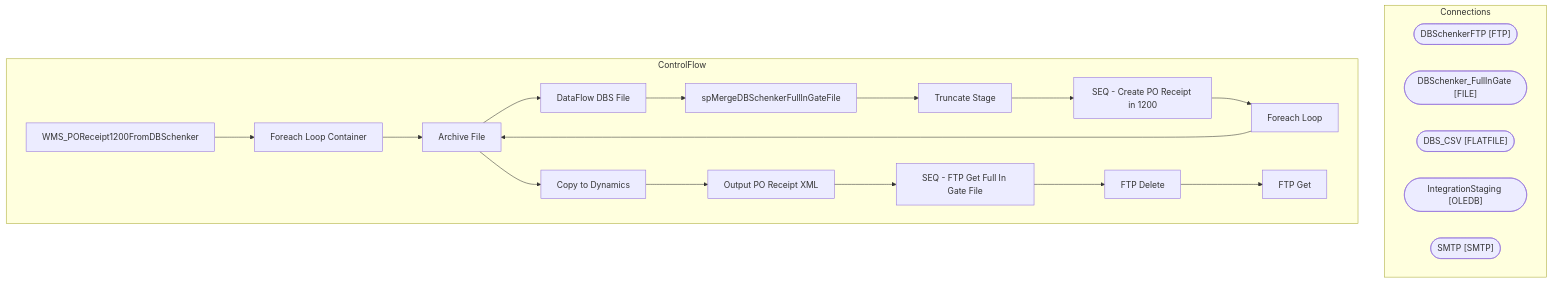
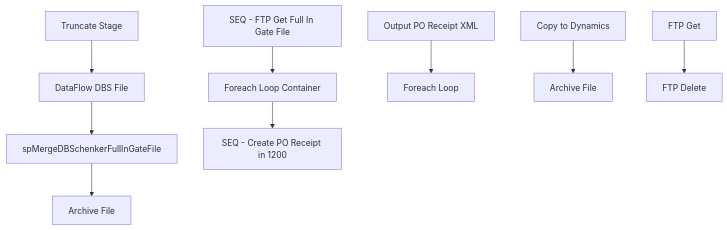
Before and after one commit to juanandresbrain/BABSkills: the diagram in bab-docs-explorer/Documentation/STL-SSIS-P-01/SSIS/WMS/WMS_POReceipt1200FromDBSchenker.WMS_POReceipt1200FromDBSchenker.md, drawn with Mermaid. The commit also changed other lines of this file and 273 other files, not shown here.

````diff
--- a/bab-docs-explorer/Documentation/STL-SSIS-P-01/SSIS/WMS/WMS_POReceipt1200FromDBSchenker.WMS_POReceipt1200FromDBSchenker.md
+++ b/bab-docs-explorer/Documentation/STL-SSIS-P-01/SSIS/WMS/WMS_POReceipt1200FromDBSchenker.WMS_POReceipt1200FromDBSchenker.md
@@ -9,39 +56,24 @@
 ```mermaid
 flowchart TD
-    subgraph Connections
-        DBSchenkerFTP_conn(["DBSchenkerFTP [FTP]"])
-        DBSchenker_FullInGate_conn(["DBSchenker_FullInGate [FILE]"])
-        DBS_CSV_conn(["DBS_CSV [FLATFILE]"])
-        IntegrationStaging_conn(["IntegrationStaging [OLEDB]"])
-        SMTP_conn(["SMTP [SMTP]"])
-    end
-    subgraph ControlFlow
-        WMS_POReceipt1200FromDBSchenker_task["WMS_POReceipt1200FromDBSchenker"]
-        Foreach_Loop_Container_task["Foreach Loop Container"]
-        WMS_POReceipt1200FromDBSchenker_task --> Foreach_Loop_Container_task
-        Archive_File_task["Archive File"]
-        Foreach_Loop_Container_task --> Archive_File_task
-        DataFlow_DBS_File_task["DataFlow DBS File"]
-        Archive_File_task --> DataFlow_DBS_File_task
-        spMergeDBSchenkerFullInGateFile_task["spMergeDBSchenkerFullInGateFile"]
-        DataFlow_DBS_File_task --> spMergeDBSchenkerFullInGateFile_task
-        Truncate_Stage_task["Truncate Stage"]
-        spMergeDBSchenkerFullInGateFile_task --> Truncate_Stage_task
-        SEQ___Create_PO_Receipt_in_1200_task["SEQ - Create PO Receipt in 1200"]
-        Truncate_Stage_task --> SEQ___Create_PO_Receipt_in_1200_task
-        Foreach_Loop_task["Foreach Loop"]
-        SEQ___Create_PO_Receipt_in_1200_task --> Foreach_Loop_task
-        Archive_File_task["Archive File"]
-        Foreach_Loop_task --> Archive_File_task
-        Copy_to_Dynamics_task["Copy to Dynamics"]
-        Archive_File_task --> Copy_to_Dynamics_task
-        Output_PO_Receipt_XML_task["Output PO Receipt XML"]
-        Copy_to_Dynamics_task --> Output_PO_Receipt_XML_task
-        SEQ___FTP_Get_Full_In_Gate_File_task["SEQ - FTP Get Full In Gate File"]
-        Output_PO_Receipt_XML_task --> SEQ___FTP_Get_Full_In_Gate_File_task
-        FTP_Delete_task["FTP Delete"]
-        SEQ___FTP_Get_Full_In_Gate_File_task --> FTP_Delete_task
-        FTP_Get_task["FTP Get"]
-        FTP_Delete_task --> FTP_Get_task
-    end
+    n_Package_Foreach_Loop_Container["Foreach Loop Container"]
+    n_Package_Foreach_Loop_Container_Archive_File["Archive File"]
+    n_Package_Foreach_Loop_Container_DataFlow_DBS_File["DataFlow DBS File"]
+    n_Package_Foreach_Loop_Container_spMergeDBSchenkerFullInGateFile["spMergeDBSchenkerFullInGateFile"]
+    n_Package_Foreach_Loop_Container_Truncate_Stage["Truncate Stage"]
+    n_Package_SEQ___Create_PO_Receipt_in_1200["SEQ - Create PO Receipt in 1200"]
+    n_Package_SEQ___Create_PO_Receipt_in_1200_Foreach_Loop["Foreach Loop"]
+    n_Package_SEQ___Create_PO_Receipt_in_1200_Foreach_Loop_Archive_File["Archive File"]
+    n_Package_SEQ___Create_PO_Receipt_in_1200_Foreach_Loop_Copy_to_Dynamics["Copy to Dynamics"]
+    n_Package_SEQ___Create_PO_Receipt_in_1200_Output_PO_Receipt_XML["Output PO Receipt XML"]
+    n_Package_SEQ___FTP_Get_Full_In_Gate_File["SEQ - FTP Get Full In Gate File"]
+    n_Package_SEQ___FTP_Get_Full_In_Gate_File_FTP_Delete["FTP Delete"]
+    n_Package_SEQ___FTP_Get_Full_In_Gate_File_FTP_Get["FTP Get"]
+    n_Package_Foreach_Loop_Container_Truncate_Stage --> n_Package_Foreach_Loop_Container_DataFlow_DBS_File
+    n_Package_Foreach_Loop_Container_DataFlow_DBS_File --> n_Package_Foreach_Loop_Container_spMergeDBSchenkerFullInGateFile
+    n_Package_Foreach_Loop_Container_spMergeDBSchenkerFullInGateFile --> n_Package_Foreach_Loop_Container_Archive_File
+    n_Package_SEQ___Create_PO_Receipt_in_1200_Foreach_Loop_Copy_to_Dynamics --> n_Package_SEQ___Create_PO_Receipt_in_1200_Foreach_Loop_Archive_File
+    n_Package_SEQ___Create_PO_Receipt_in_1200_Output_PO_Receipt_XML --> n_Package_SEQ___Create_PO_Receipt_in_1200_Foreach_Loop
+    n_Package_SEQ___FTP_Get_Full_In_Gate_File_FTP_Get --> n_Package_SEQ___FTP_Get_Full_In_Gate_File_FTP_Delete
+    n_Package_Foreach_Loop_Container --> n_Package_SEQ___Create_PO_Receipt_in_1200
+    n_Package_SEQ___FTP_Get_Full_In_Gate_File --> n_Package_Foreach_Loop_Container
 ```
````
